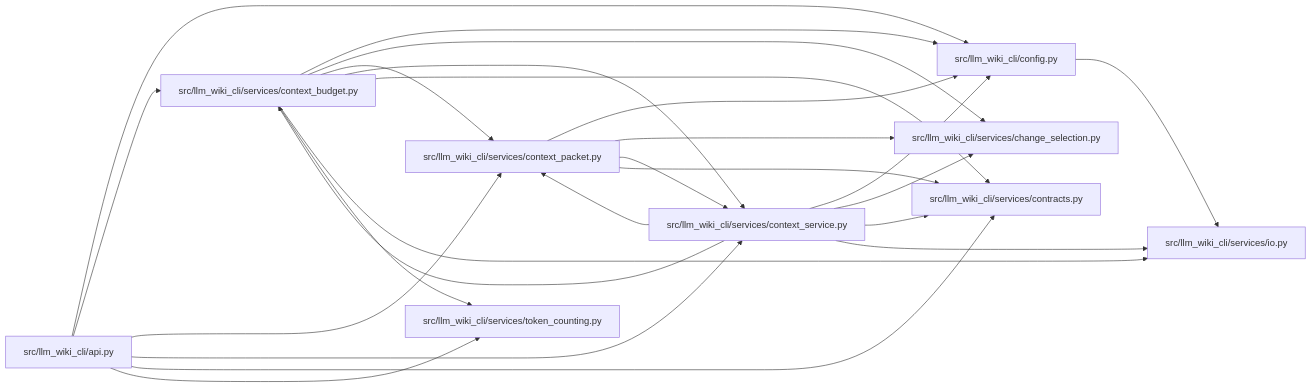
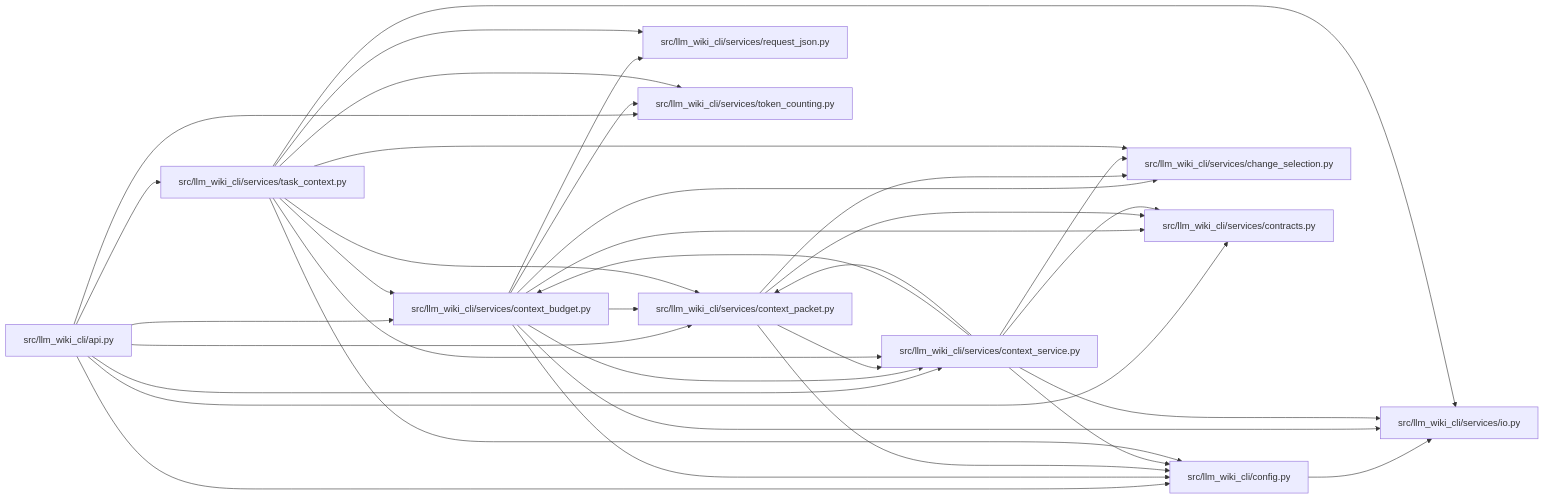
The diagram in docs/llm_wiki/modules/context_budget.md (Denissvgn/python-wiki-llm), drawn with Mermaid before and after one commit. The commit also changed other lines of this file and 279 other files, not shown here.

````diff
--- a/docs/llm_wiki/modules/context_budget.md
+++ b/docs/llm_wiki/modules/context_budget.md
@@ -38,45 +40,59 @@
 ```mermaid
 flowchart LR
     n0["src/llm_wiki_cli/api.py"]
     n1["src/llm_wiki_cli/config.py"]
     n2["src/llm_wiki_cli/services/change_selection.py"]
     n3["src/llm_wiki_cli/services/context_budget.py"]
     n4["src/llm_wiki_cli/services/context_packet.py"]
     n5["src/llm_wiki_cli/services/context_service.py"]
     n6["src/llm_wiki_cli/services/contracts.py"]
     n7["src/llm_wiki_cli/services/io.py"]
-    n8["src/llm_wiki_cli/services/token_counting.py"]
+    n8["src/llm_wiki_cli/services/request_json.py"]
+    n9["src/llm_wiki_cli/services/task_context.py"]
+    n10["src/llm_wiki_cli/services/token_counting.py"]
     n0 --> n1
     n0 --> n3
     n0 --> n4
     n0 --> n5
     n0 --> n6
-    n0 --> n8
+    n0 --> n9
+    n0 --> n10
     n1 --> n7
     n3 --> n1
     n3 --> n2
     n3 --> n4
     n3 --> n5
     n3 --> n6
     n3 --> n7
     n3 --> n8
+    n3 --> n10
     n4 --> n1
     n4 --> n2
     n4 --> n5
     n4 --> n6
     n5 --> n1
     n5 --> n2
     n5 --> n3
     n5 --> n4
     n5 --> n6
     n5 --> n7
+    n9 --> n1
+    n9 --> n2
+    n9 --> n3
+    n9 --> n4
+    n9 --> n5
+    n9 --> n7
+    n9 --> n8
+    n9 --> n10
     click n0 "../modules/api.md"
     click n1 "../modules/config.md"
     click n2 "../modules/change_selection.md"
     click n3 "../modules/context_budget.md"
     click n4 "../modules/context_packet.md"
     click n5 "../modules/context_service.md"
     click n6 "../modules/services_contracts.md"
     click n7 "../modules/io.md"
-    click n8 "../modules/token_counting.md"
+    click n8 "../modules/request_json.md"
+    click n9 "../modules/task_context.md"
+    click n10 "../modules/token_counting.md"
 ```
````
